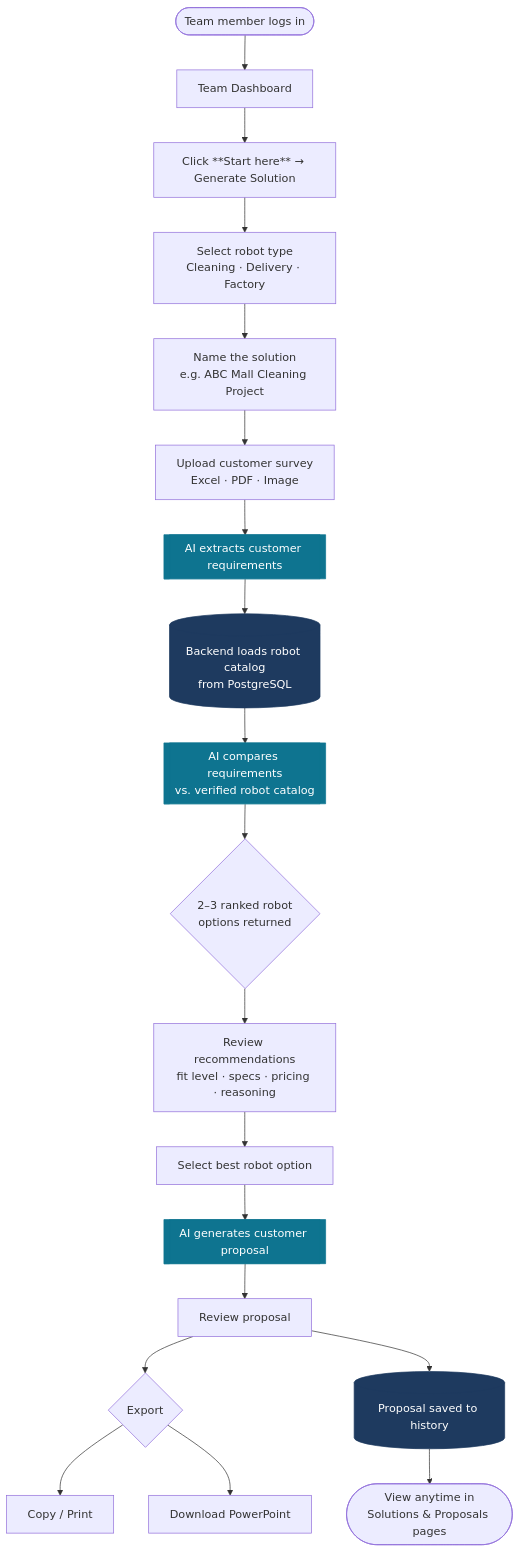
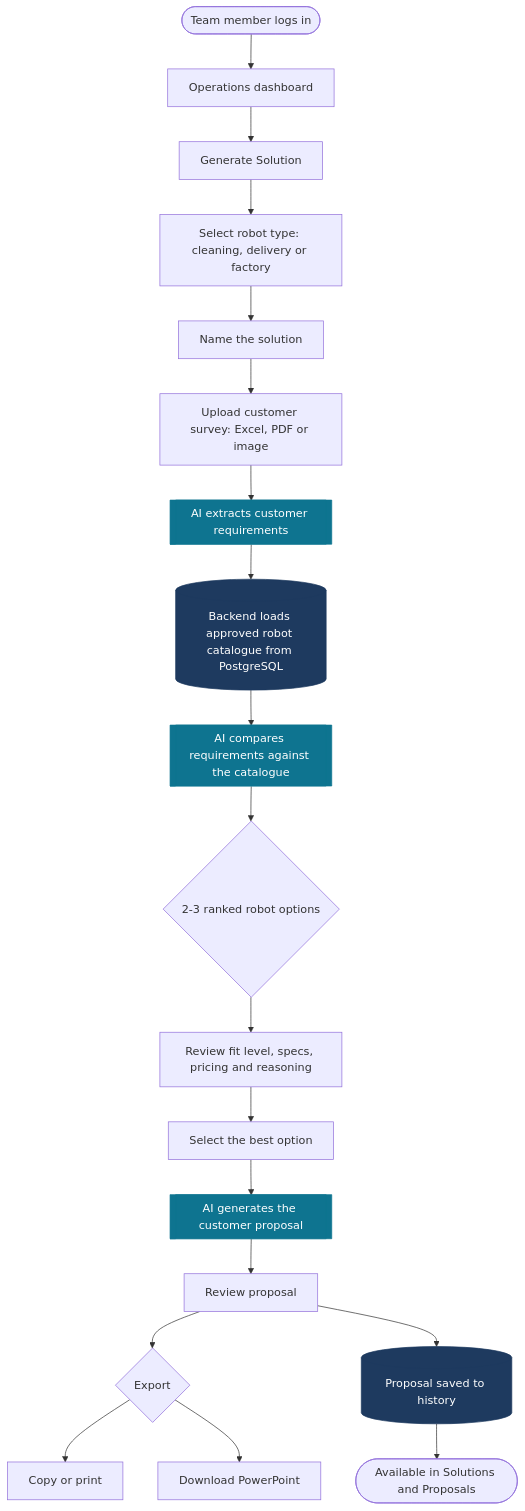
The diagram in README.md (RAAS-PAL/RaasPal-Internal-Ops-backend), drawn with Mermaid before and after one commit. The commit also changed other lines of this file and 2 other files, not shown here.

````diff
--- a/README.md
+++ b/README.md
@@ -9,34 +61,34 @@
 ```mermaid
 flowchart TD
-    A([Team member logs in]) --> B[Team Dashboard]
-    B --> C[Click **Start here** → Generate Solution]
+    A([Team member logs in]) --> B[Operations dashboard]
+    B --> C[Generate Solution]
 
-    C --> D[Select robot type\nCleaning · Delivery · Factory]
-    D --> E[Name the solution\ne.g. ABC Mall Cleaning Project]
-    E --> F[Upload customer survey\nExcel · PDF · Image]
+    C --> D[Select robot type: cleaning, delivery or factory]
+    D --> E[Name the solution]
+    E --> F[Upload customer survey: Excel, PDF or image]
 
     F --> G[[AI extracts customer requirements]]
-    G --> H[(Backend loads robot catalog\nfrom PostgreSQL)]
-    H --> I[[AI compares requirements\nvs. verified robot catalog]]
+    G --> H[(Backend loads approved robot catalogue from PostgreSQL)]
+    H --> I[[AI compares requirements against the catalogue]]
 
-    I --> J{2–3 ranked robot\noptions returned}
+    I --> J{2-3 ranked robot options}
 
-    J --> K[Review recommendations\nfit level · specs · pricing · reasoning]
-    K --> L[Select best robot option]
+    J --> K[Review fit level, specs, pricing and reasoning]
+    K --> L[Select the best option]
 
-    L --> M[[AI generates customer proposal]]
+    L --> M[[AI generates the customer proposal]]
     M --> N[Review proposal]
 
     N --> O{Export}
-    O --> P[Copy / Print]
+    O --> P[Copy or print]
     O --> Q[Download PowerPoint]
 
     N --> R[(Proposal saved to history)]
-    R --> S([View anytime in\nSolutions & Proposals pages])
+    R --> S([Available in Solutions and Proposals])
 
     style G fill:#0e7490,color:#fff,stroke:#0e7490
     style I fill:#0e7490,color:#fff,stroke:#0e7490
     style M fill:#0e7490,color:#fff,stroke:#0e7490
     style H fill:#1e3a5f,color:#fff,stroke:#1e3a5f
     style R fill:#1e3a5f,color:#fff,stroke:#1e3a5f
 ```
````
